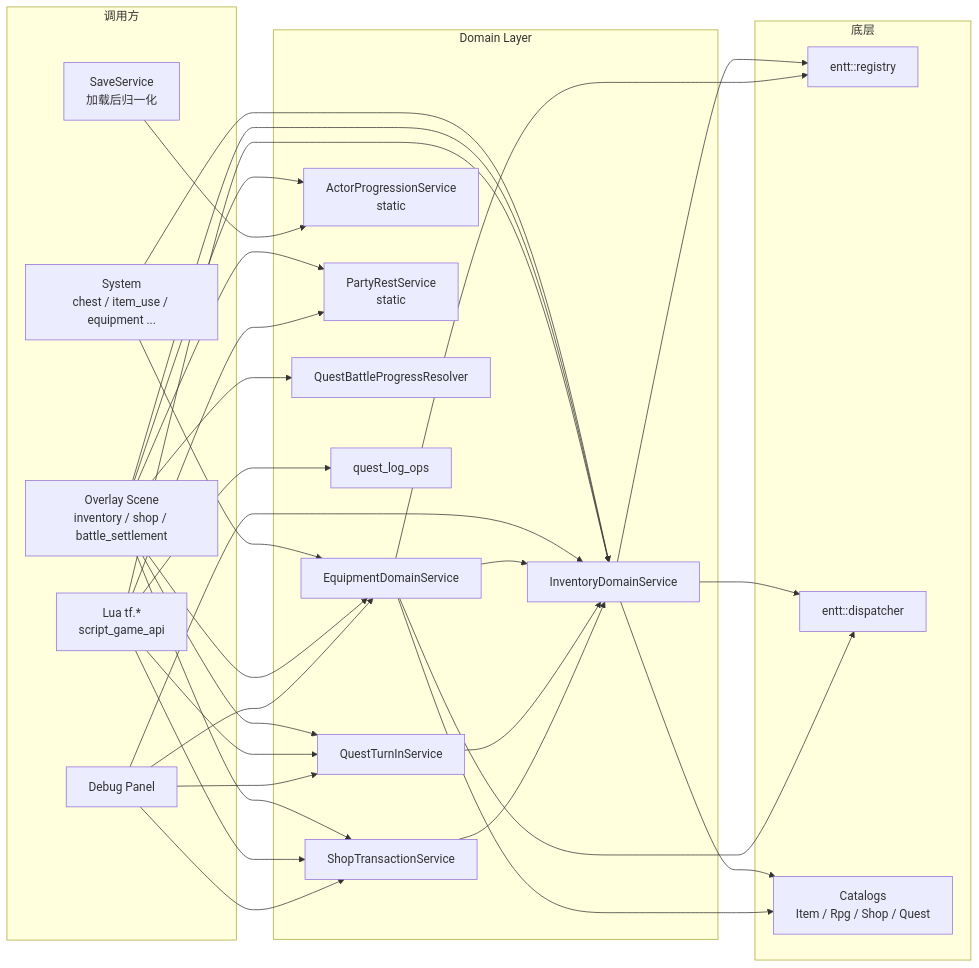
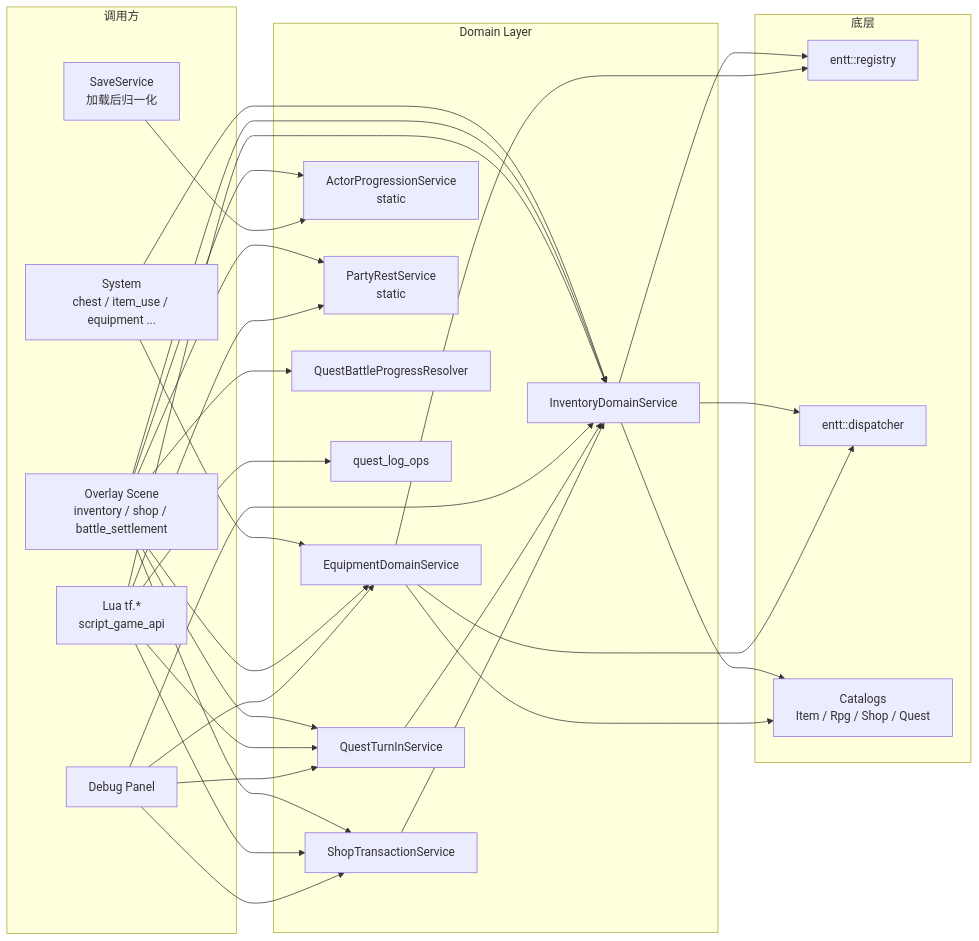
Before and after one commit to WispSnow/TinyFarmRPG: the second of 2 diagrams in docs/game/domain-services.md, drawn with Mermaid. The commit also changed other lines of this file and 13 other files, not shown here.

````diff
--- a/docs/game/domain-services.md
+++ b/docs/game/domain-services.md
@@ -125,58 +126,57 @@
 ```mermaid
 flowchart LR
     subgraph SRC["调用方"]
         SYS["System<br/>chest / item_use / equipment ..."]
         SCN["Overlay Scene<br/>inventory / shop / battle_settlement"]
         LUA["Lua tf.*<br/>script_game_api"]
         DBG["Debug Panel"]
         SVC["SaveService<br/>加载后归一化"]
     end
 
     subgraph DOM["Domain Layer"]
         INV["InventoryDomainService"]
         EQ["EquipmentDomainService"]
         QT["QuestTurnInService"]
         SH["ShopTransactionService"]
         AP["ActorProgressionService<br/>static"]
         PR["PartyRestService<br/>static"]
         QBP["QuestBattleProgressResolver"]
         QLO["quest_log_ops"]
     end
 
     subgraph DEPS["底层"]
         REG["entt::registry"]
         DISP["entt::dispatcher"]
         CAT["Catalogs<br/>Item / Rpg / Shop / Quest"]
     end
 
     SYS --> INV
     SYS --> EQ
     SCN --> INV
     SCN --> EQ
     SCN --> QT
     SCN --> SH
     SCN --> AP
     SCN --> PR
     SCN --> QBP
     LUA --> INV
     LUA --> QT
     LUA --> SH
     LUA --> PR
     LUA --> QLO
     DBG --> INV
     DBG --> EQ
     DBG --> QT
     DBG --> SH
     SVC --> AP
 
-    EQ --> INV
     QT --> INV
     SH --> INV
 
     INV --> REG
     INV --> DISP
     INV --> CAT
     EQ --> REG
     EQ --> DISP
     EQ --> CAT
 ```
````
